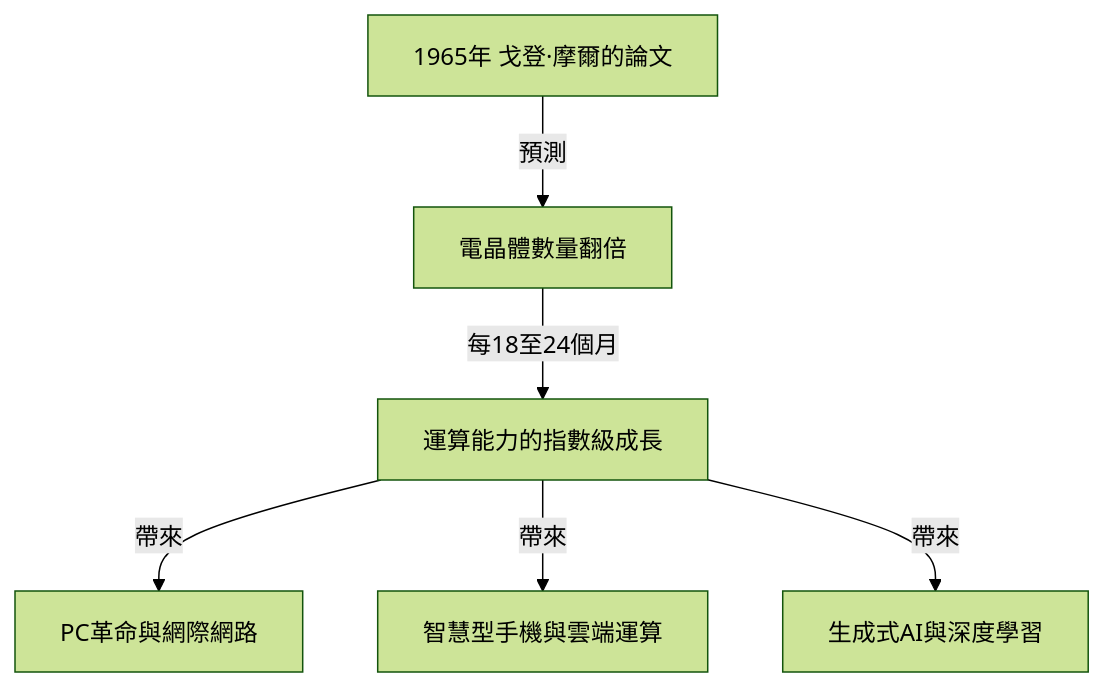
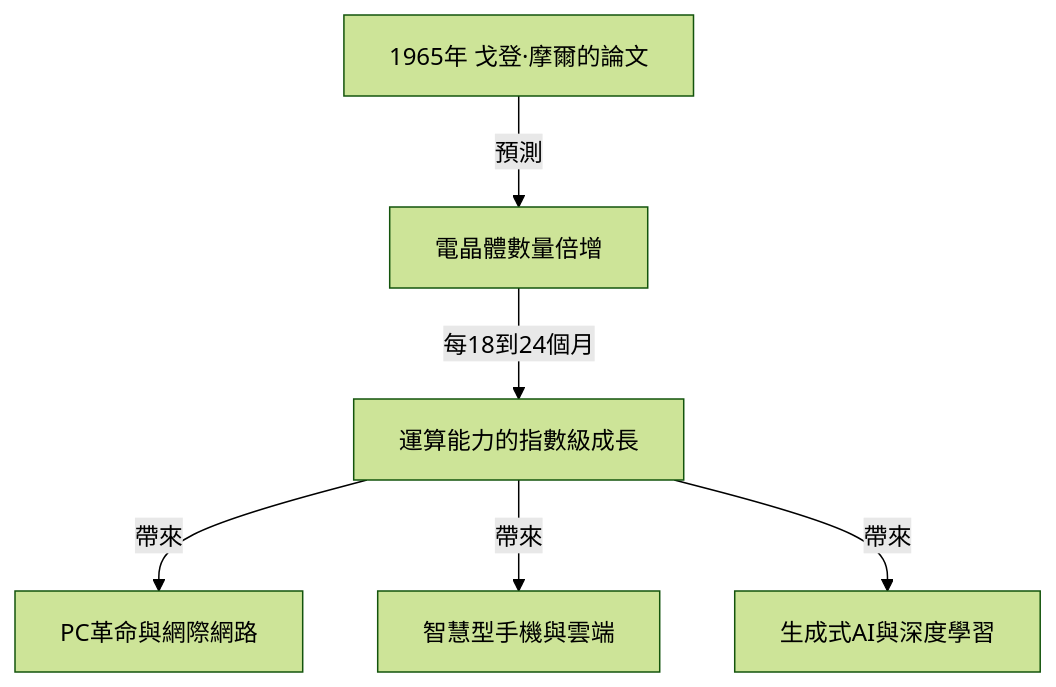
The first of 2 diagrams in content/post/business-moores-law/index.zh-tw.md (kenjinote/blog), drawn with Mermaid (forest theme) before and after one commit. The commit also changed other lines of this file and 40 other files, not shown here.

````diff
--- a/content/post/business-moores-law/index.zh-tw.md
+++ b/content/post/business-moores-law/index.zh-tw.md
@@ -25,8 +25,8 @@
 ```mermaid
 graph TD
-    A["1965年 戈登·摩爾的論文"] -- "預測" --> B["電晶體數量翻倍"]
-    B -- "每18至24個月" --> C["運算能力的指數級成長"]
+    A["1965年 戈登·摩爾的論文"] -- "預測" --> B["電晶體數量倍增"]
+    B -- "每18到24個月" --> C["運算能力的指數級成長"]
     C -- "帶來" --> D["PC革命與網際網路"]
-    C -- "帶來" --> E["智慧型手機與雲端運算"]
+    C -- "帶來" --> E["智慧型手機與雲端"]
     C -- "帶來" --> F["生成式AI與深度學習"]
 ```
````
